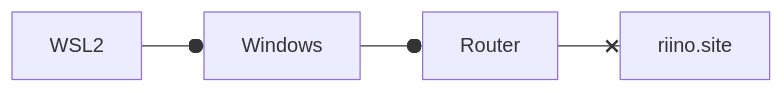
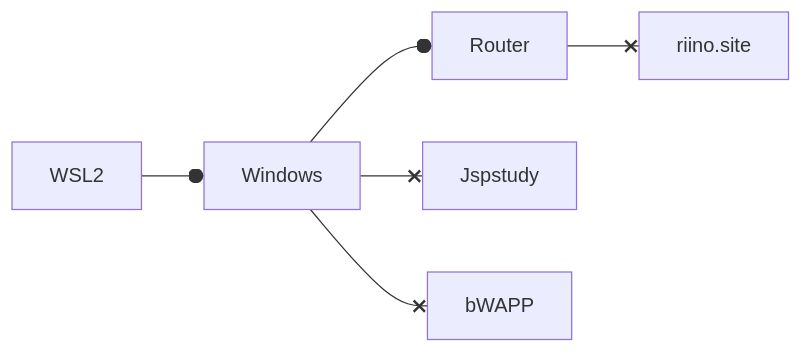
One commit to sorphwer/sorphwer.github.io changed the first of 4 diagrams in learning.md. Above: the diagram before and after it, drawn with Mermaid. The commit also changed other lines of this file, not shown here.

Commit message:
update flowchart in LEARN 11 24

````diff
--- a/learning.md
+++ b/learning.md
@@ -58,6 +58,8 @@
 ```mermaid
 flowchart LR
     WSL2 --o Windows
     Windows --o Router
+    Windows --x Jspstudy
+    Windows --x bWAPP
     Router --x riino.site
 ```
````
